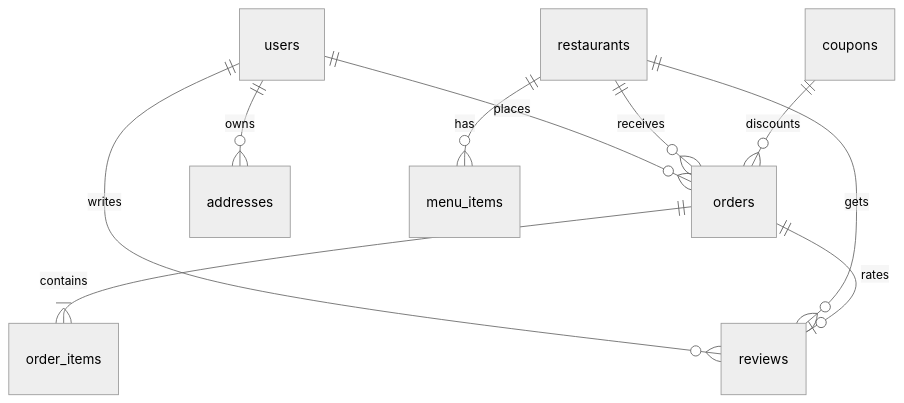
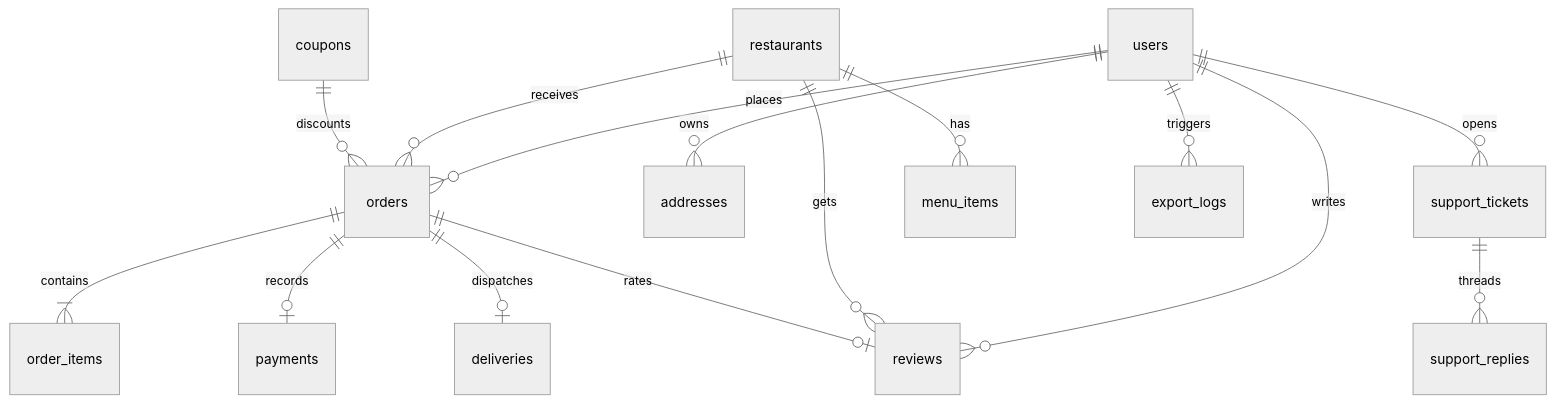
One commit to nivethasivanandham/What-if changed the diagram in README.md. Above: the diagram before and after it, drawn with Mermaid (neutral theme). The commit also changed other lines of this file, not shown here.

Commit message:
docs: update README with architectural overview, feature set, and updated database schema diagram

````diff
--- a/README.md
+++ b/README.md
@@ -31,12 +73,17 @@
 ```mermaid
 erDiagram
     users ||--o{ orders : places
     users ||--o{ reviews : writes
     users ||--o{ addresses : owns
+    users ||--o{ support_tickets : opens
     restaurants ||--o{ menu_items : has
     restaurants ||--o{ orders : receives
     restaurants ||--o{ reviews : gets
     orders ||--|{ order_items : contains
+    orders ||--o| payments : records
+    orders ||--o| deliveries : dispatches
     orders ||--o| reviews : rates
+    support_tickets ||--o{ support_replies : threads
     coupons ||--o{ orders : discounts
+    users ||--o{ export_logs : triggers
 ```
````
